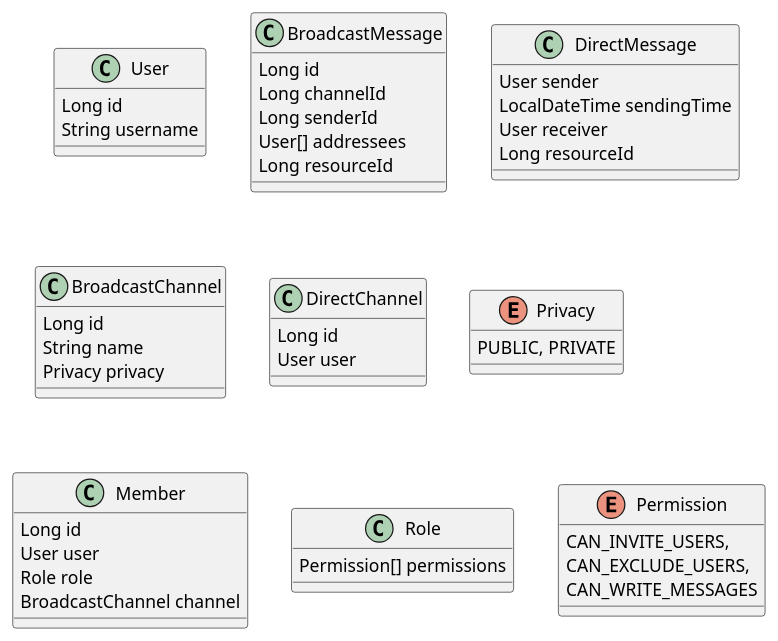
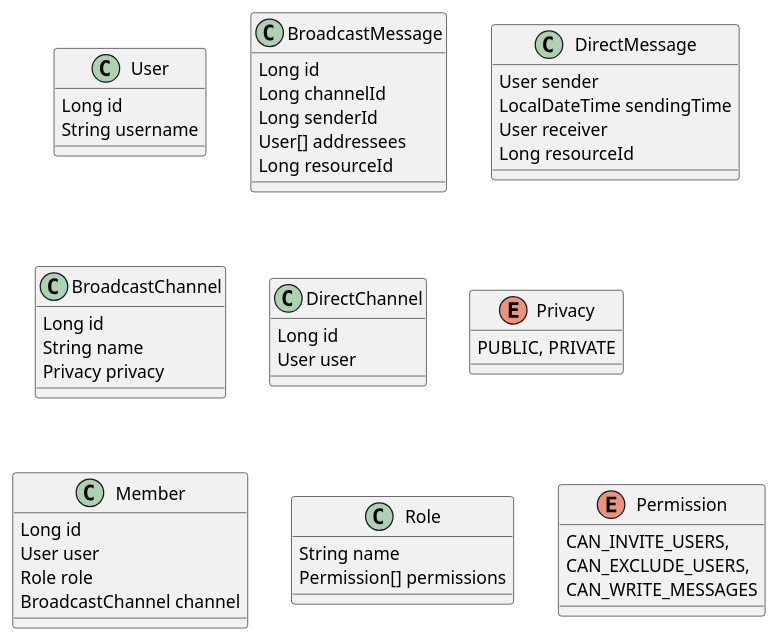
One commit to punchat/docs changed the diagram in uml/api.puml. Above: the diagram before and after it, drawn with PlantUML.

Commit message:
Adding Role name

```diff
--- a/uml/api.puml
+++ b/uml/api.puml
@@ -1,56 +1,57 @@
 @startuml
 
 
 class User {
     Long id
     String username
 }
 
 class BroadcastMessage {
     Long id
     Long channelId
     Long senderId
     User[] addressees
     Long resourceId
 }
 
 class DirectMessage {
     User sender
     LocalDateTime sendingTime
     User receiver
     Long resourceId
 }
 
 class BroadcastChannel {
     Long id
     String name
     Privacy privacy
 }
 
 class DirectChannel {
     Long id
     User user
 }
 
 enum Privacy {
     PUBLIC, PRIVATE
 }
 
 class Member {
     Long id
     User user
     Role role
     BroadcastChannel channel
 }
 
 class Role {
+    String name
     Permission[] permissions
 }
 
 enum Permission {
     CAN_INVITE_USERS,
     CAN_EXCLUDE_USERS,
     CAN_WRITE_MESSAGES
 }
 
 @enduml
```
